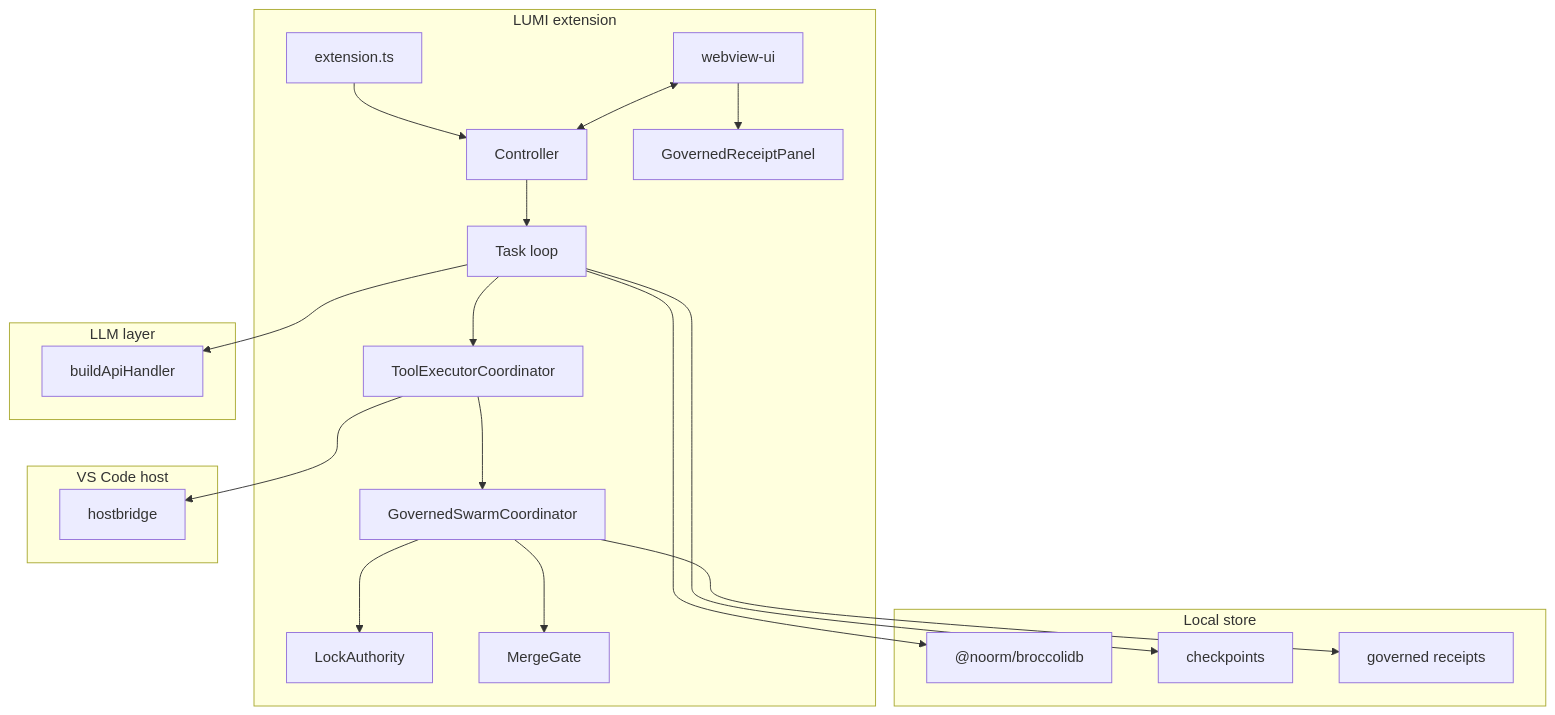
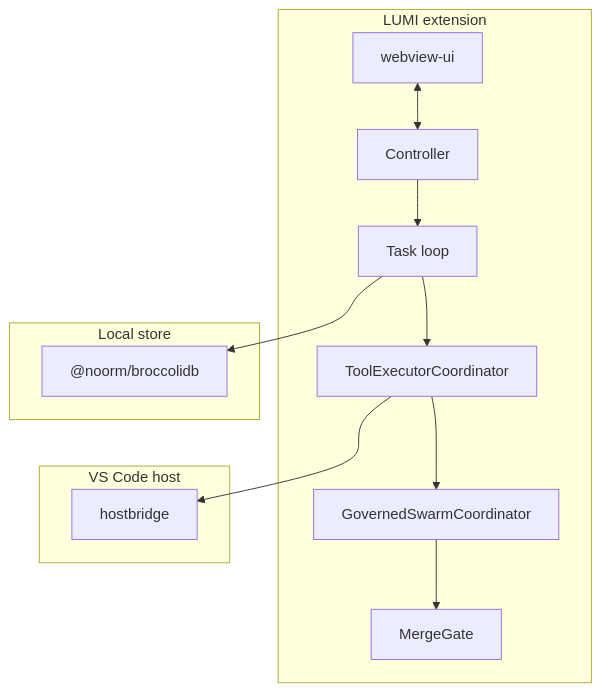
The second of 2 diagrams in README.md (CardSorting/LUMI), drawn with Mermaid before and after one commit. The commit also changed other lines of this file and 1 other file, not shown here.

````diff
--- a/README.md
+++ b/README.md
@@ -675,37 +281,18 @@
 ```mermaid
 flowchart TB
   subgraph ext ["LUMI extension"]
-    EX[extension.ts]
-    WP[webview-ui]
-    CT[Controller]
-    TK[Task loop]
-    TL[ToolExecutorCoordinator]
-    GSC[GovernedSwarmCoordinator]
-    LA[LockAuthority]
-    MG[MergeGate]
-    EX --> CT
-    WP <--> CT
-    CT --> TK
-    TK --> TL
-    TL --> GSC
-    GSC --> LA
-    GSC --> MG
-    WP --> GRP[GovernedReceiptPanel]
+    WP[webview-ui] <--> CT[Controller]
+    CT --> TK[Task loop]
+    TK --> TL[ToolExecutorCoordinator]
+    TL --> GSC[GovernedSwarmCoordinator]
+    GSC --> MG[MergeGate]
   end
   subgraph host ["VS Code host"]
     HB[hostbridge]
     TL --> HB
   end
-  subgraph llm ["LLM layer"]
-    API[buildApiHandler]
-    TK --> API
-  end
   subgraph store ["Local store"]
     BDB["@noorm/broccolidb"]
-    CP[checkpoints]
-    GR[governed receipts]
     TK --> BDB
-    TK --> CP
-    GSC --> GR
   end
 ```
````
